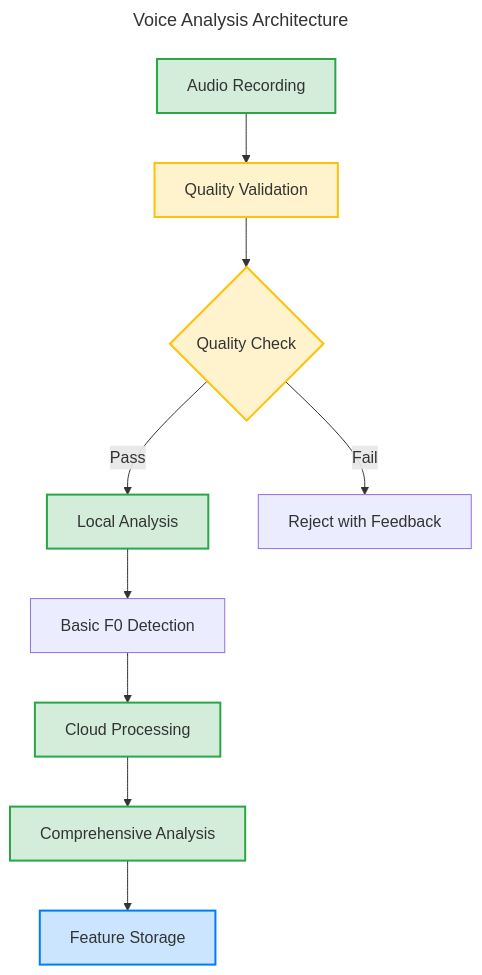
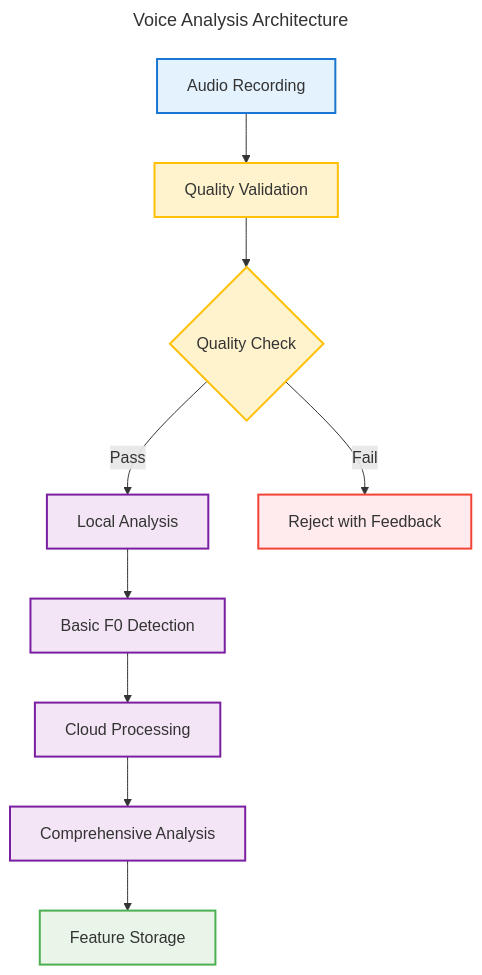
One commit to PoisonIvory/sage changed the first of 2 diagrams in CLINICAL_VALIDATION_PIPELINE.md. Above: the diagram before and after it, drawn with Mermaid. The commit also changed other lines of this file, not shown here.

````diff
--- a/CLINICAL_VALIDATION_PIPELINE.md
+++ b/CLINICAL_VALIDATION_PIPELINE.md
@@ -17,23 +17,27 @@
 ```mermaid
 ---
 title: Voice Analysis Architecture
 ---
 flowchart TD
     A[Audio Recording] --> B[Quality Validation]
     B --> C{Quality Check}
     C -->|Pass| D[Local Analysis]
     C -->|Fail| E[Reject with Feedback]
     
     D --> F[Basic F0 Detection]
     F --> G[Cloud Processing]
     G --> H[Comprehensive Analysis]
     H --> I[Feature Storage]
     
-    classDef processing fill:#d4edda,stroke:#28a745,stroke-width:2px
+    classDef input fill:#e3f2fd,stroke:#1976d2,stroke-width:2px
+    classDef processing fill:#f3e5f5,stroke:#7b1fa2,stroke-width:2px
     classDef validation fill:#fff3cd,stroke:#ffc107,stroke-width:2px
-    classDef storage fill:#cce5ff,stroke:#007bff,stroke-width:2px
+    classDef storage fill:#e8f5e8,stroke:#4caf50,stroke-width:2px
+    classDef error fill:#ffebee,stroke:#f44336,stroke-width:2px
     
-    class A,D,G,H processing
+    class A input
+    class D,F,G,H processing
     class B,C validation
     class I storage
+    class E error
 ```
````
